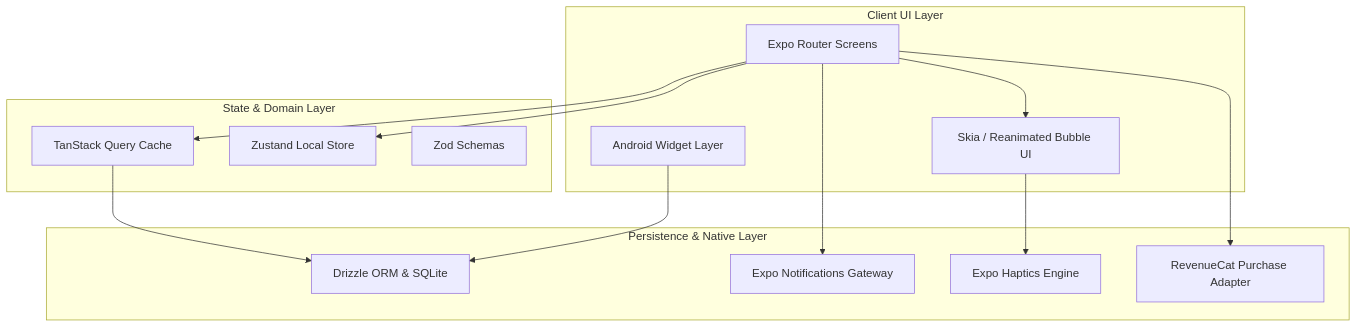
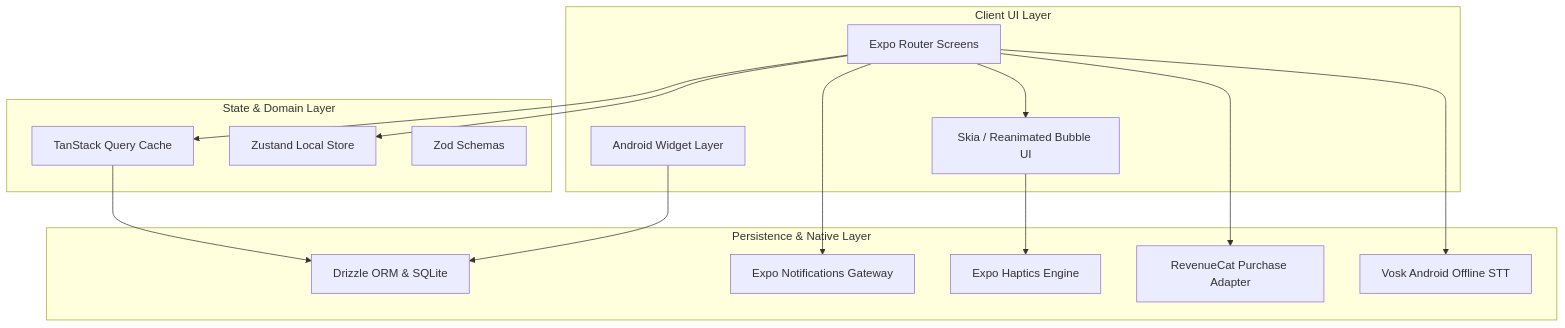
Before and after one commit to rion0918/pop-reminder: the diagram in docs/TECH_STACK.md, drawn with Mermaid. The commit also changed other lines of this file and 47 other files, not shown here.

````diff
--- a/docs/TECH_STACK.md
+++ b/docs/TECH_STACK.md
@@ -9,30 +9,32 @@
 ```mermaid
 graph TB
     subgraph Client [Client UI Layer]
         AppUI[Expo Router Screens]
         BubbleUI[Skia / Reanimated Bubble UI]
         WidgetUI[Android Widget Layer]
     end
 
     subgraph StateDomain [State & Domain Layer]
         TanStack[TanStack Query Cache]
         ZustandStore[Zustand Local Store]
         ZodSchemas[Zod Schemas]
     end
 
     subgraph PersistenceNative [Persistence & Native Layer]
         Drizzle[Drizzle ORM & SQLite]
         Notifications[Expo Notifications Gateway]
         Haptics[Expo Haptics Engine]
         Purchases[RevenueCat Purchase Adapter]
+        Vosk[Vosk Android Offline STT]
     end
 
     AppUI --> TanStack
     AppUI --> ZustandStore
     AppUI --> BubbleUI
     TanStack --> Drizzle
     AppUI --> Notifications
     AppUI --> Purchases
+    AppUI --> Vosk
     BubbleUI --> Haptics
     WidgetUI --> Drizzle
 ```
````
